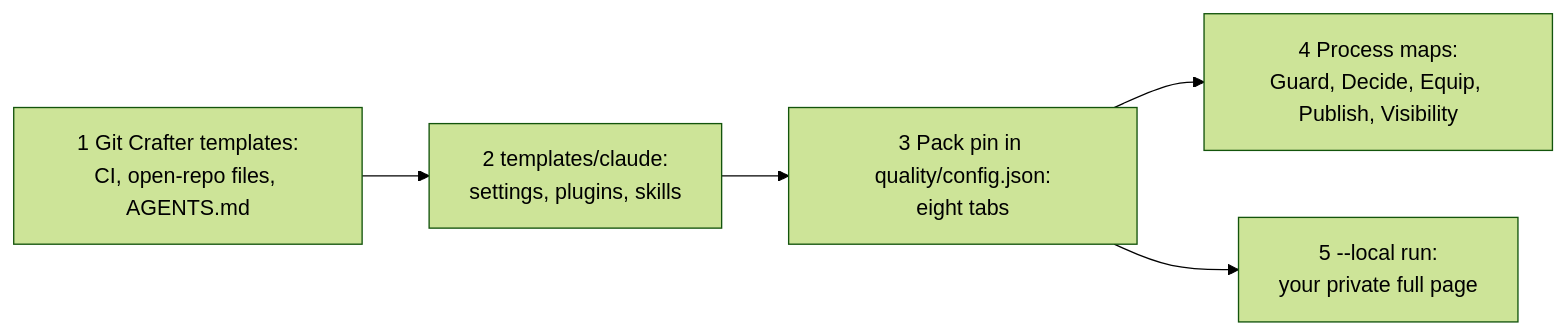
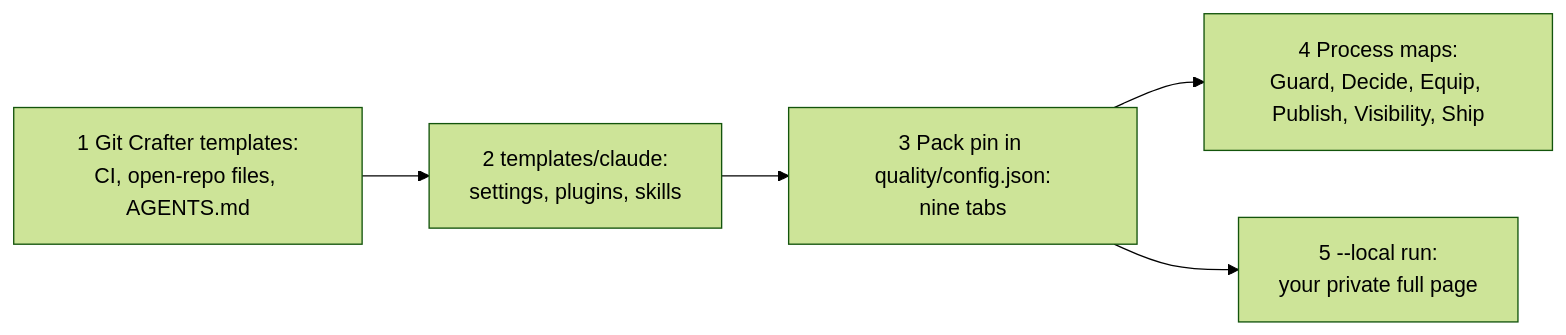
The first of 2 diagrams in README.md (Colorado-Startups/claudius), drawn with Mermaid (forest theme) before and after one commit. The commit also changed other lines of this file and 13 other files, not shown here.

````diff
--- a/README.md
+++ b/README.md
@@ -25,7 +25,7 @@
 ```mermaid
 flowchart LR
   GC[1 Git Crafter templates:<br/>CI, open-repo files, AGENTS.md] --> T[2 templates/claude:<br/>settings, plugins, skills]
-  T --> P[3 Pack pin in quality/config.json:<br/>eight tabs]
-  P --> M[4 Process maps:<br/>Guard, Decide, Equip, Publish, Visibility]
+  T --> P[3 Pack pin in quality/config.json:<br/>nine tabs]
+  P --> M[4 Process maps:<br/>Guard, Decide, Equip, Publish, Visibility, Ship]
   P --> L[5 --local run:<br/>your private full page]
 ```
````
